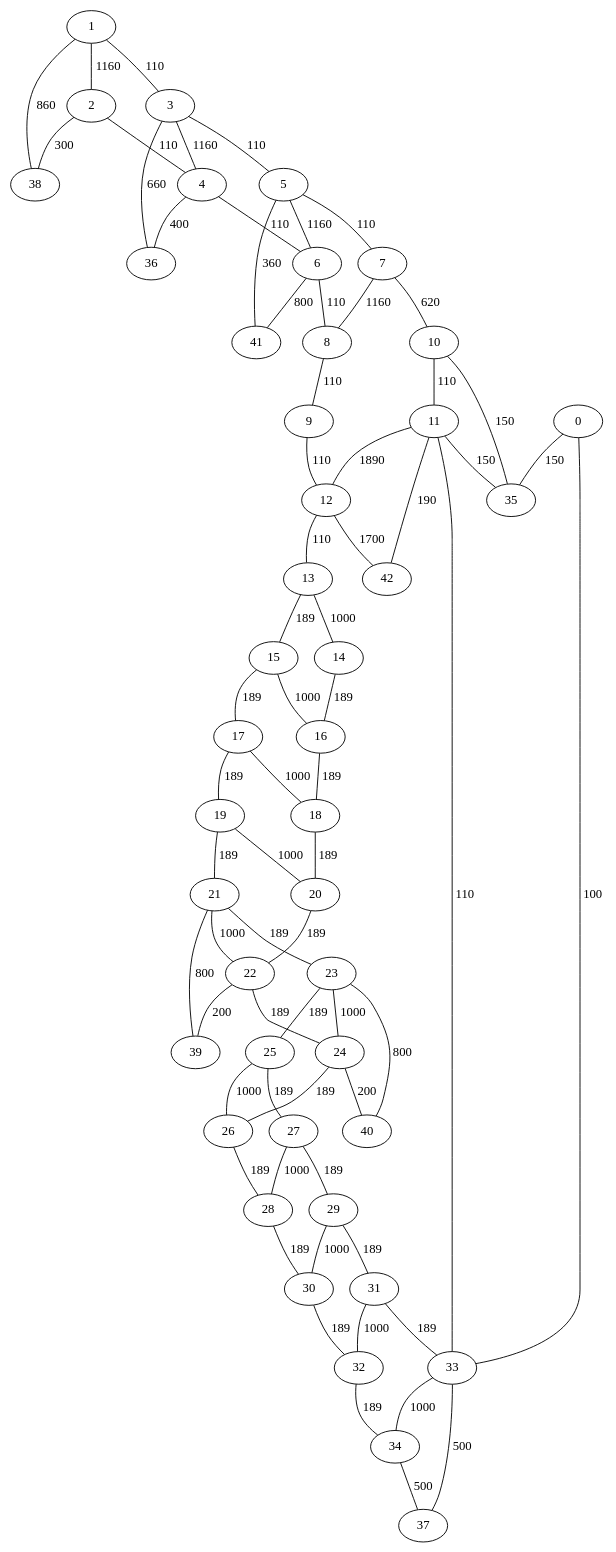
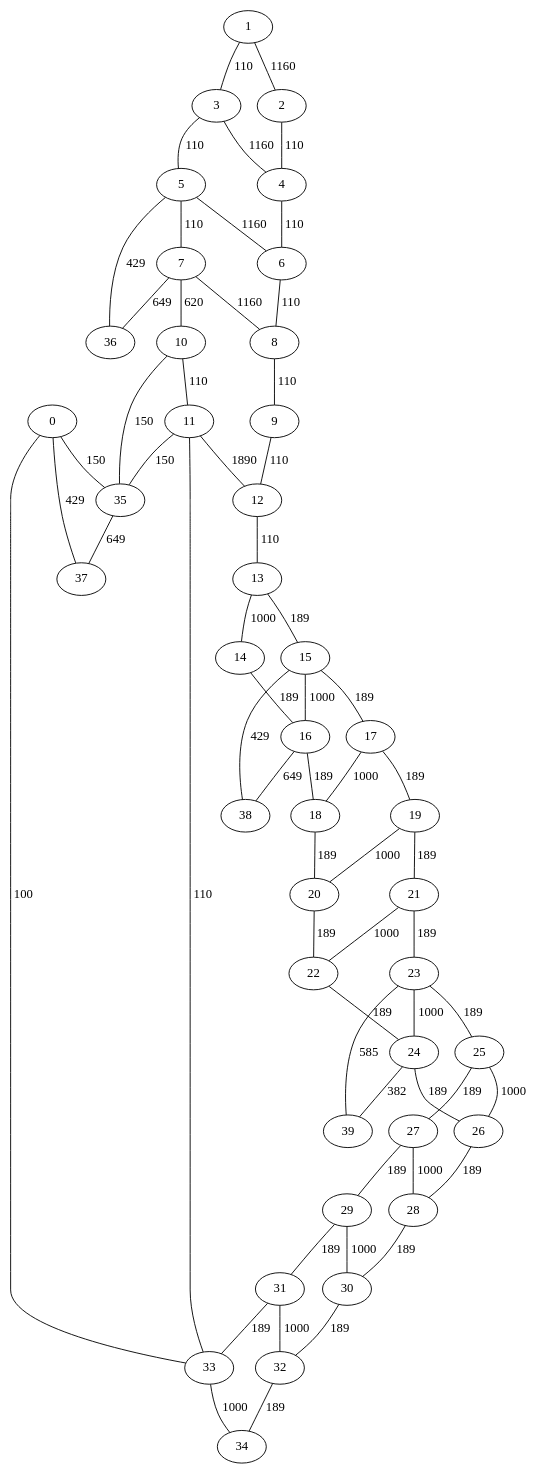
The diagram in step2.dot (EmericBraud/fil_rouge_pharma), drawn with Graphviz before and after one commit. The commit also changed 7 other files, not shown here.

```diff
--- a/step2.dot
+++ b/step2.dot
@@ -1,68 +1,62 @@
 graph Warehouse {
+    0 -- 37 [label="429"];
     0 -- 35 [label="150"];
     0 -- 33 [label="100"];
-    1 -- 38 [label="860"];
     1 -- 3 [label="110"];
     1 -- 2 [label="1160"];
-    2 -- 38 [label="300"];
     2 -- 4 [label="110"];
-    3 -- 36 [label="660"];
     3 -- 5 [label="110"];
     3 -- 4 [label="1160"];
-    4 -- 36 [label="400"];
     4 -- 6 [label="110"];
-    5 -- 41 [label="360"];
+    5 -- 36 [label="429"];
     5 -- 7 [label="110"];
     5 -- 6 [label="1160"];
-    6 -- 41 [label="800"];
     6 -- 8 [label="110"];
+    7 -- 36 [label="649"];
     7 -- 10 [label="620"];
     7 -- 8 [label="1160"];
     8 -- 9 [label="110"];
     9 -- 12 [label="110"];
     10 -- 35 [label="150"];
     10 -- 11 [label="110"];
-    11 -- 42 [label="190"];
     11 -- 35 [label="150"];
     11 -- 33 [label="110"];
     11 -- 12 [label="1890"];
-    12 -- 42 [label="1700"];
     12 -- 13 [label="110"];
     13 -- 15 [label="189"];
     13 -- 14 [label="1000"];
     14 -- 16 [label="189"];
+    15 -- 38 [label="429"];
     15 -- 17 [label="189"];
     15 -- 16 [label="1000"];
+    16 -- 38 [label="649"];
     16 -- 18 [label="189"];
     17 -- 19 [label="189"];
     17 -- 18 [label="1000"];
     18 -- 20 [label="189"];
     19 -- 21 [label="189"];
     19 -- 20 [label="1000"];
     20 -- 22 [label="189"];
-    21 -- 39 [label="800"];
     21 -- 23 [label="189"];
     21 -- 22 [label="1000"];
-    22 -- 39 [label="200"];
     22 -- 24 [label="189"];
-    23 -- 40 [label="800"];
+    23 -- 39 [label="585"];
     23 -- 25 [label="189"];
     23 -- 24 [label="1000"];
-    24 -- 40 [label="200"];
+    24 -- 39 [label="382"];
     24 -- 26 [label="189"];
     25 -- 27 [label="189"];
     25 -- 26 [label="1000"];
     26 -- 28 [label="189"];
     27 -- 29 [label="189"];
     27 -- 28 [label="1000"];
     28 -- 30 [label="189"];
     29 -- 31 [label="189"];
     29 -- 30 [label="1000"];
     30 -- 32 [label="189"];
     31 -- 33 [label="189"];
     31 -- 32 [label="1000"];
     32 -- 34 [label="189"];
     33 -- 34 [label="1000"];
-    33 -- 37 [label="500"];
-    34 -- 37 [label="500"];
+    35 -- 37 [label="649"];
 }
```
